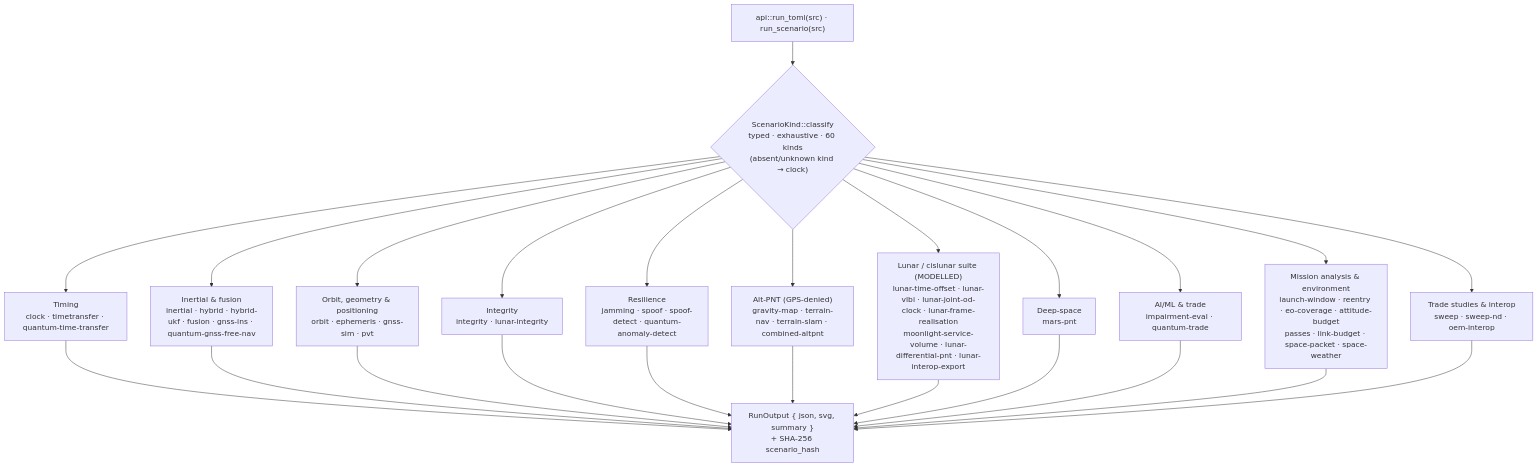
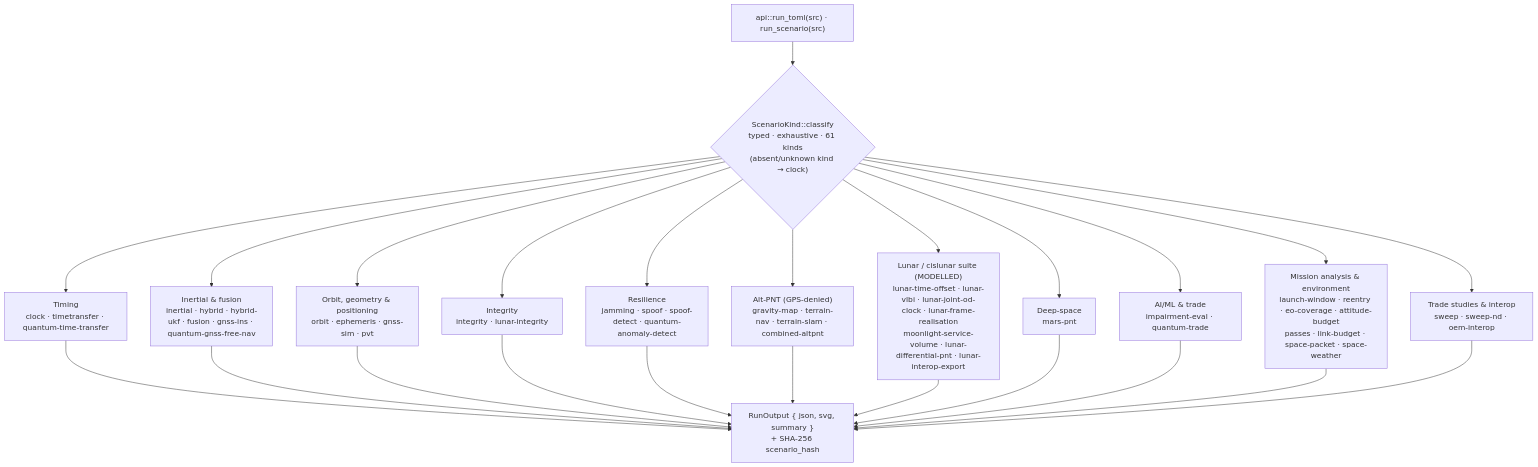
The seventh of 11 diagrams in docs/ARCHITECTURE.md (ashfordeOU/kshana), drawn with Mermaid before and after one commit. The commit also changed other lines of this file and 33 other files, not shown here.

````diff
--- a/docs/ARCHITECTURE.md
+++ b/docs/ARCHITECTURE.md
@@ -406,16 +406,16 @@
 ```mermaid
 flowchart TD
-    F["api::run_toml(src) · run_scenario(src)"] --> K{"ScenarioKind::classify<br/>typed · exhaustive · 60 kinds<br/>(absent/unknown kind → clock)"}
+    F["api::run_toml(src) · run_scenario(src)"] --> K{"ScenarioKind::classify<br/>typed · exhaustive · 61 kinds<br/>(absent/unknown kind → clock)"}
     K --> G1["Timing<br/>clock · timetransfer · quantum-time-transfer"]
     K --> G2["Inertial & fusion<br/>inertial · hybrid · hybrid-ukf · fusion · gnss-ins · quantum-gnss-free-nav"]
     K --> G3["Orbit, geometry & positioning<br/>orbit · ephemeris · gnss-sim · pvt"]
     K --> G4["Integrity<br/>integrity · lunar-integrity"]
     K --> G5["Resilience<br/>jamming · spoof · spoof-detect · quantum-anomaly-detect"]
     K --> G6["Alt-PNT (GPS-denied)<br/>gravity-map · terrain-nav · terrain-slam · combined-altpnt"]
     K --> G7["Lunar / cislunar suite (MODELLED)<br/>lunar-time-offset · lunar-vlbi · lunar-joint-od-clock · lunar-frame-realisation<br/>moonlight-service-volume · lunar-differential-pnt · lunar-interop-export"]
     K --> G8["Deep-space<br/>mars-pnt"]
     K --> G9["AI/ML & trade<br/>impairment-eval · quantum-trade"]
     K --> G10["Mission analysis & environment<br/>launch-window · reentry · eo-coverage · attitude-budget<br/>passes · link-budget · space-packet · space-weather"]
     K --> G11["Trade studies & interop<br/>sweep · sweep-nd · oem-interop"]
     G1 & G2 & G3 & G4 & G5 & G6 & G7 & G8 & G9 & G10 & G11 --> W["RunOutput { json, svg, summary }<br/>+ SHA-256 scenario_hash"]
 ```
````
